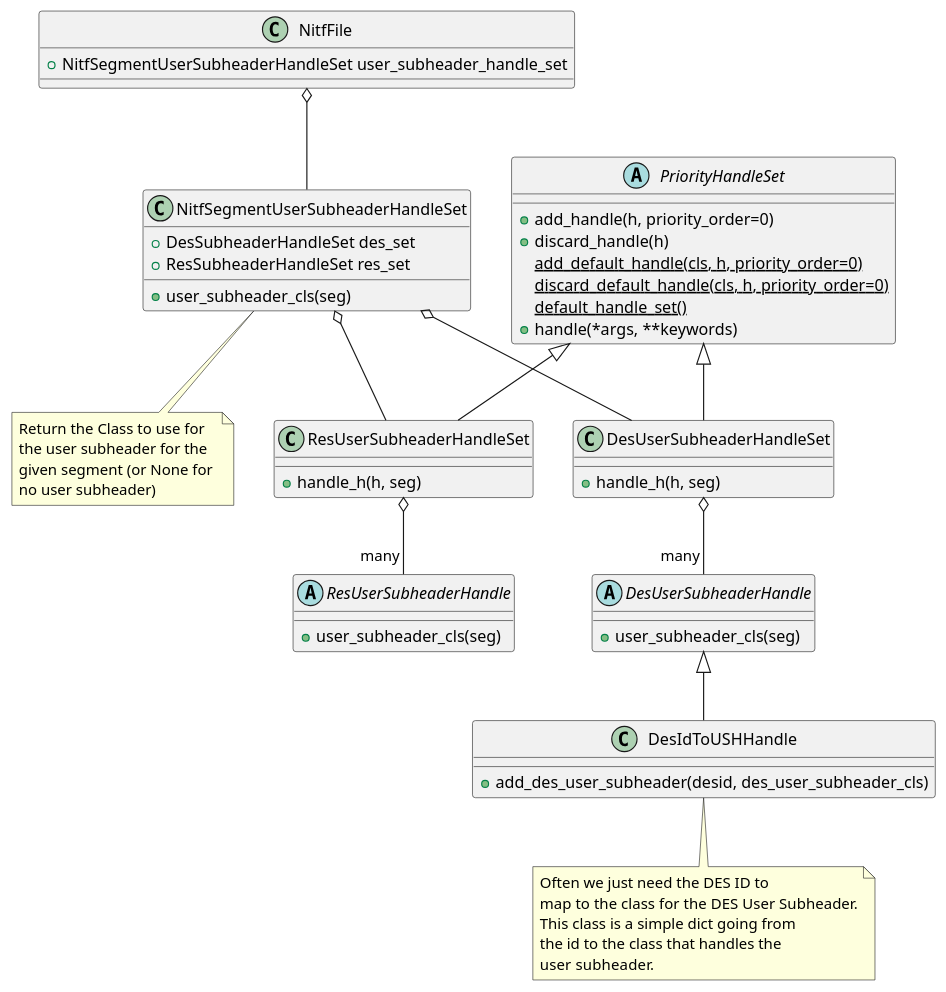
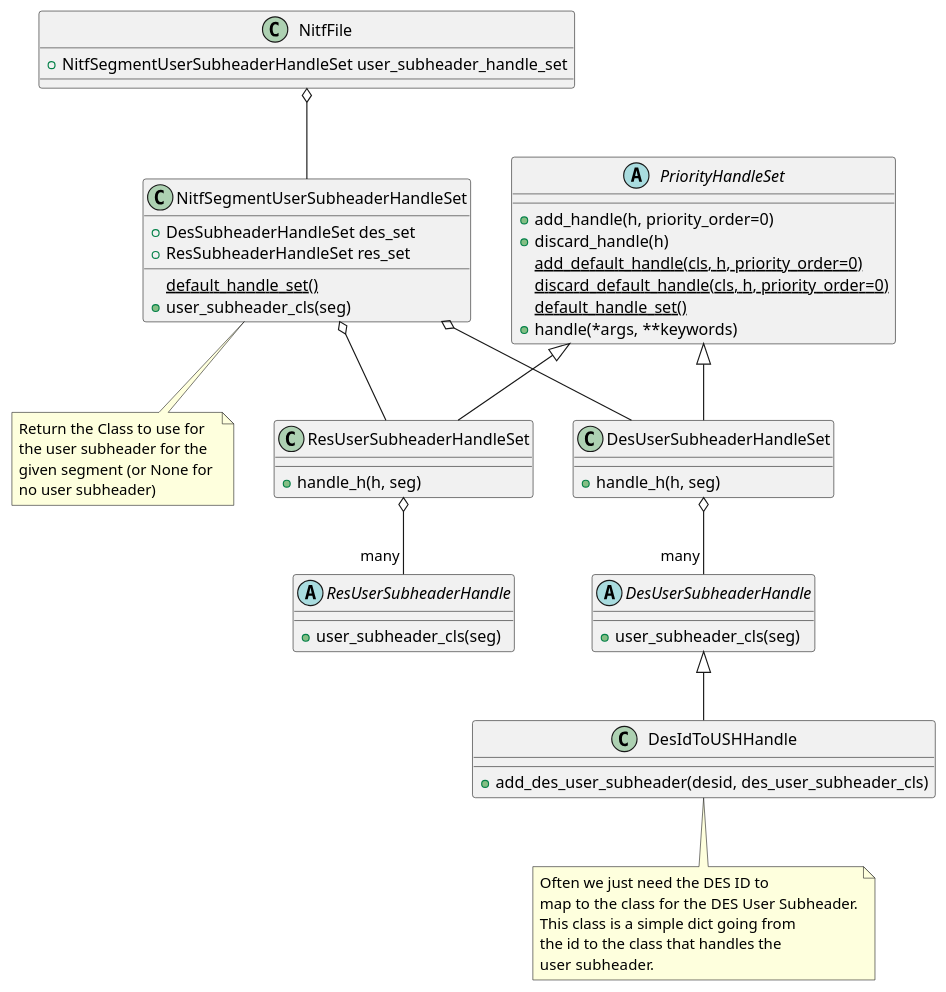
The fourth of 6 diagrams in doc/nitf_file.rst (Cartography-jpl/pynitf), drawn with PlantUML before and after one commit. The commit also changed other lines of this file and 8 other files, not shown here.

```diff
--- a/doc/nitf_file.rst
+++ b/doc/nitf_file.rst
@@ -263,63 +263,64 @@
 .. uml::
    :caption: NitfSegmentUserSubheaderHandleSet
 
    class NitfFile {
       +NitfSegmentUserSubheaderHandleSet user_subheader_handle_set
    }
 
    class NitfSegmentUserSubheaderHandleSet {
       +DesSubheaderHandleSet des_set
       +ResSubheaderHandleSet res_set
+      {static} default_handle_set()
       +user_subheader_cls(seg)
    }
    note bottom
      Return the Class to use for
      the user subheader for the 
      given segment (or None for 
      no user subheader)
    end note
 
    abstract class PriorityHandleSet {
       +add_handle(h, priority_order=0)
       +discard_handle(h)
       {static} add_default_handle(cls, h, priority_order=0)
       {static} discard_default_handle(cls, h, priority_order=0)
       {static} default_handle_set()
       +handle(*args, **keywords)
    }
    
    class DesUserSubheaderHandleSet {
       +handle_h(h, seg)
    }
 
    class ResUserSubheaderHandleSet {
       +handle_h(h, seg)
    }
    
    abstract class DesUserSubheaderHandle {
       +user_subheader_cls(seg)
    }
 
    abstract class ResUserSubheaderHandle {
       +user_subheader_cls(seg)
    }
 
    class DesIdToUSHHandle {
       +add_des_user_subheader(desid, des_user_subheader_cls)
    }
    note bottom
       Often we just need the DES ID to
       map to the class for the DES User Subheader.
       This class is a simple dict going from
       the id to the class that handles the
       user subheader.
    end note
    
    NitfFile o--  NitfSegmentUserSubheaderHandleSet
    NitfSegmentUserSubheaderHandleSet o-- DesUserSubheaderHandleSet
    NitfSegmentUserSubheaderHandleSet o-- ResUserSubheaderHandleSet
    DesUserSubheaderHandleSet o-- "many" DesUserSubheaderHandle
    ResUserSubheaderHandleSet o-- "many" ResUserSubheaderHandle
    DesUserSubheaderHandle <|-- DesIdToUSHHandle
    PriorityHandleSet <|-- DesUserSubheaderHandleSet
    PriorityHandleSet <|-- ResUserSubheaderHandleSet
```
